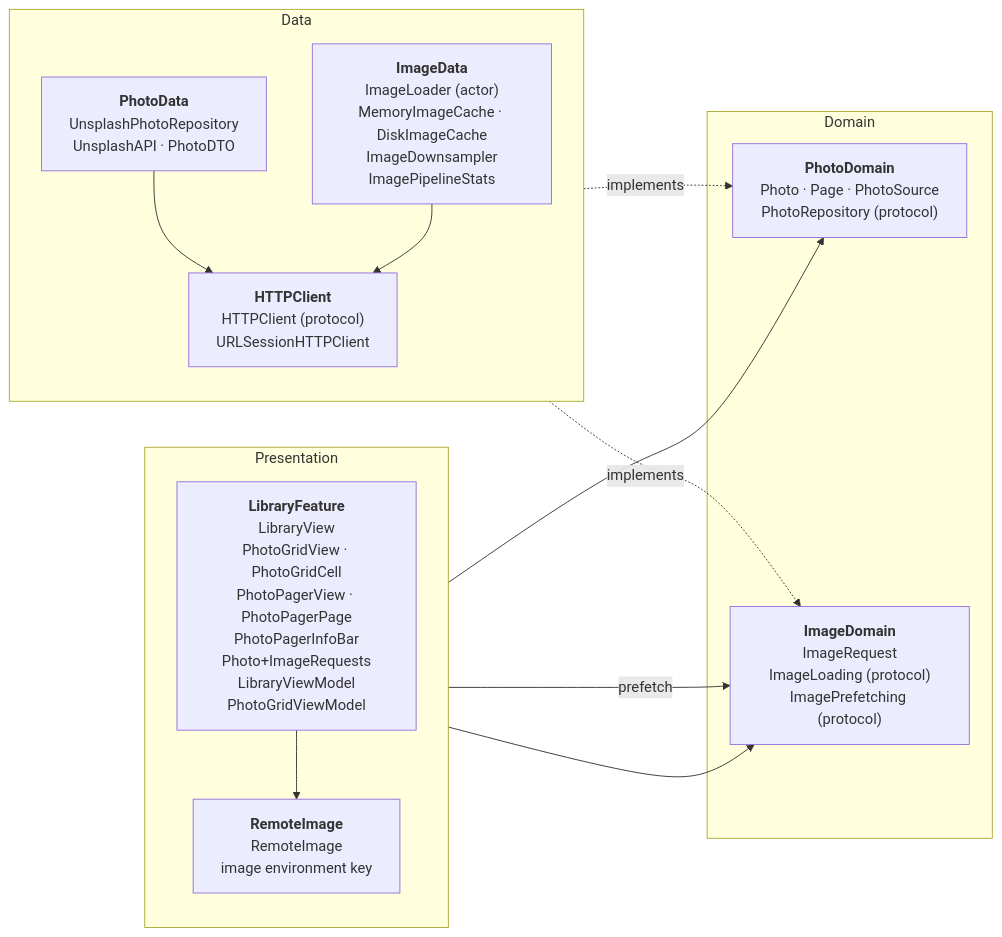
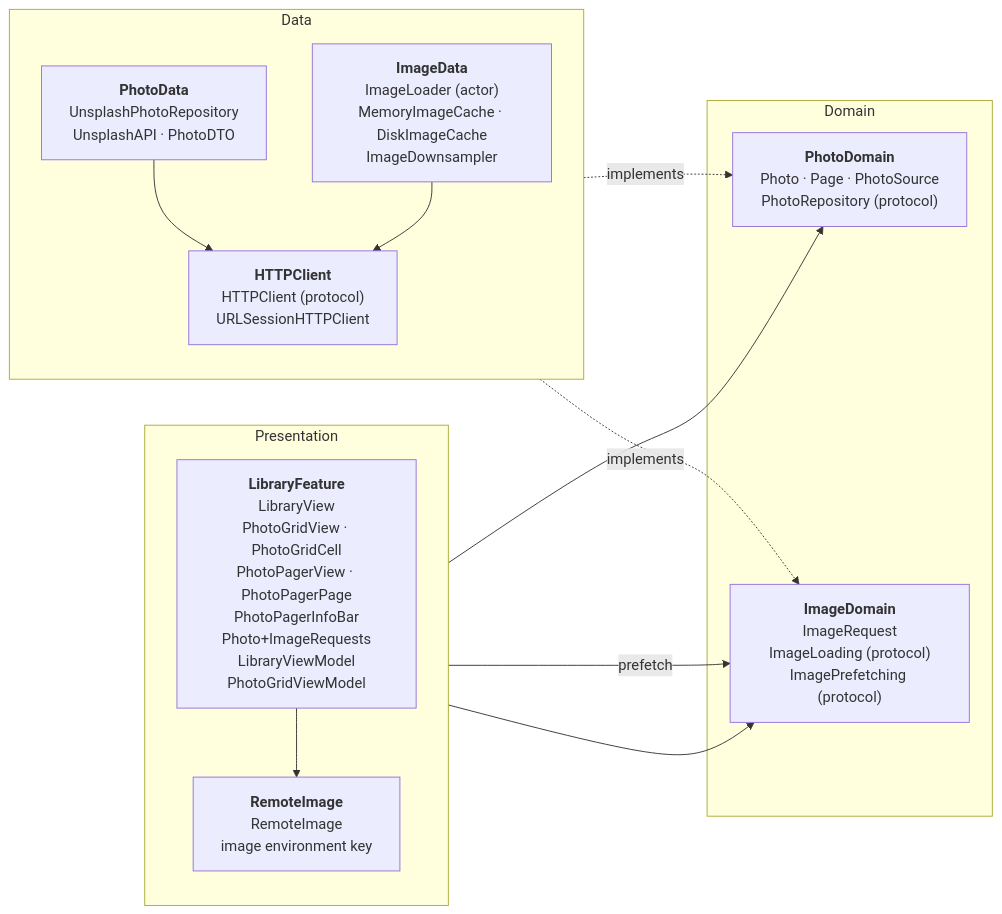
The first of 4 diagrams in README.md (gdhardcastle/resplash), drawn with Mermaid before and after one commit. The commit also changed other lines of this file and 5 other files, not shown here.

First line of the commit message:
Remove ImagePipelineStats from the loader

````diff
--- a/README.md
+++ b/README.md
@@ -17,29 +17,29 @@
 ```mermaid
 flowchart LR
     subgraph Presentation
         direction TB
         Library["<b>LibraryFeature</b><br/>LibraryView<br/>PhotoGridView · PhotoGridCell<br/>PhotoPagerView · PhotoPagerPage<br/>PhotoPagerInfoBar<br/>Photo+ImageRequests<br/>LibraryViewModel<br/>PhotoGridViewModel"]
         Remote["<b>RemoteImage</b><br/>RemoteImage<br/>image environment key"]
     end
 
     subgraph Domain
         Photos["<b>PhotoDomain</b><br/>Photo · Page · PhotoSource<br/>PhotoRepository (protocol)"]
         ImageDomain["<b>ImageDomain</b><br/>ImageRequest<br/>ImageLoading (protocol)<br/>ImagePrefetching (protocol)"]
     end
 
     subgraph Data
         direction TB
         PhotoData["<b>PhotoData</b><br/>UnsplashPhotoRepository<br/>UnsplashAPI · PhotoDTO"]
-        Images["<b>ImageData</b><br/>ImageLoader (actor)<br/>MemoryImageCache · DiskImageCache<br/>ImageDownsampler<br/>ImagePipelineStats"]
+        Images["<b>ImageData</b><br/>ImageLoader (actor)<br/>MemoryImageCache · DiskImageCache<br/>ImageDownsampler"]
         Http["<b>HTTPClient</b><br/>HTTPClient (protocol)<br/>URLSessionHTTPClient"]
     end
 
     Library --> Photos
     Library --> Remote
     Library -->|"prefetch"| ImageDomain
     Remote --> ImageDomain
     PhotoData -.->|"implements"| Photos
     Images -.->|"implements"| ImageDomain
     PhotoData --> Http
     Images --> Http
 ```
````
